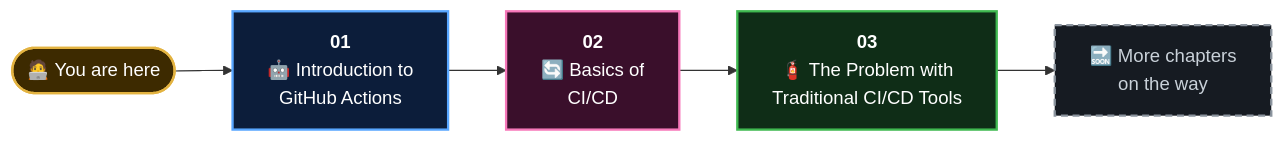
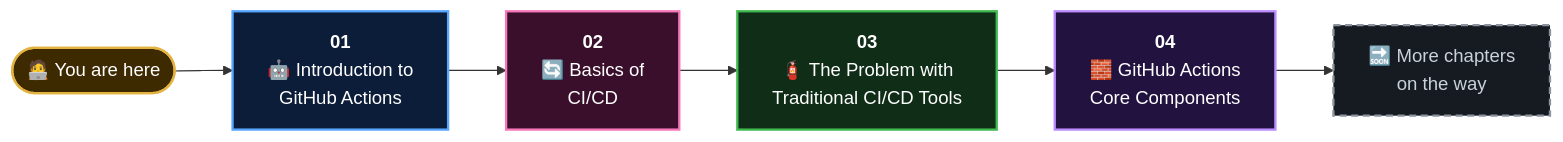
The diagram in README.md (bhagatabhijeet/github-actions-knowledge-bundle), drawn with Mermaid before and after one commit. The commit also changed other lines of this file and 13 other files, not shown here.

First line of the commit message:
Add Chapter 4: GitHub Actions Core Components

````diff
--- a/README.md
+++ b/README.md
@@ -50,14 +51,16 @@
 ```mermaid
 flowchart LR
     S([🧑‍💻 You are here]):::start --> C1
     C1["<b>01</b><br/>🤖 Introduction to<br/>GitHub Actions"]:::blue --> C2
     C2["<b>02</b><br/>🔄 Basics of<br/>CI/CD"]:::pink --> C3
     C3["<b>03</b><br/>🧯 The Problem with<br/>Traditional CI/CD Tools"]:::green --> C4
-    C4["🔜 More chapters<br/>on the way"]:::soon
+    C4["<b>04</b><br/>🧱 GitHub Actions<br/>Core Components"]:::purple --> C5
+    C5["🔜 More chapters<br/>on the way"]:::soon
 
     classDef start fill:#3d2a00,stroke:#e3b341,color:#fff,stroke-width:2px
     classDef blue fill:#0c1d3a,stroke:#58a6ff,color:#fff,stroke-width:2px
     classDef pink fill:#3a0f2b,stroke:#f778ba,color:#fff,stroke-width:2px
     classDef green fill:#0f2d17,stroke:#3fb950,color:#fff,stroke-width:2px
+    classDef purple fill:#22123f,stroke:#bc8cff,color:#fff,stroke-width:2px
     classDef soon fill:#161b22,stroke:#8b949e,color:#c9d1d9,stroke-width:2px,stroke-dasharray: 6 4
 ```
````
